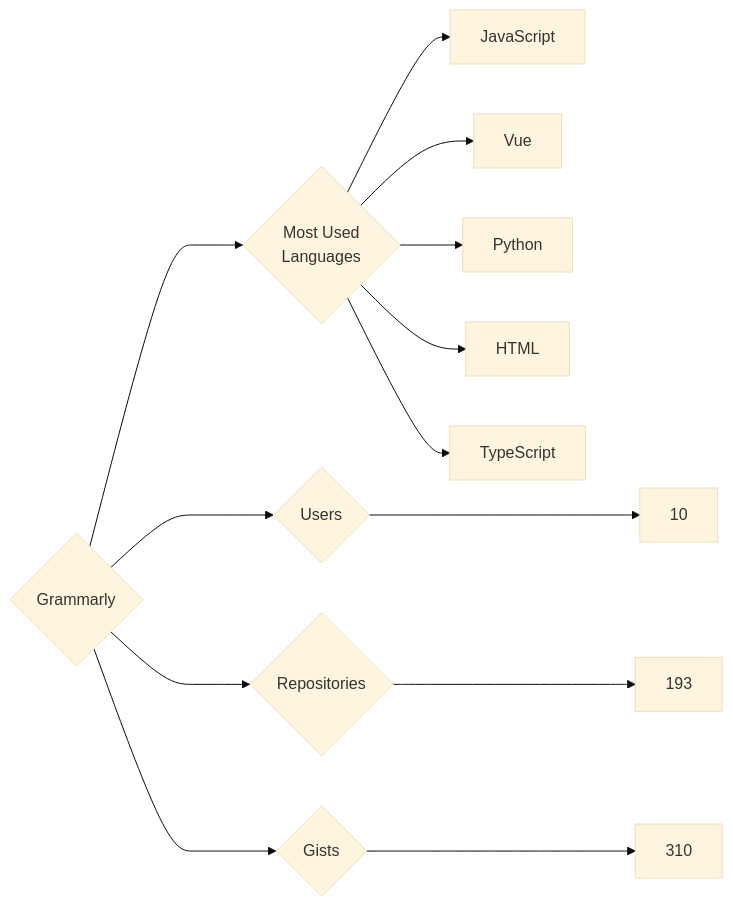
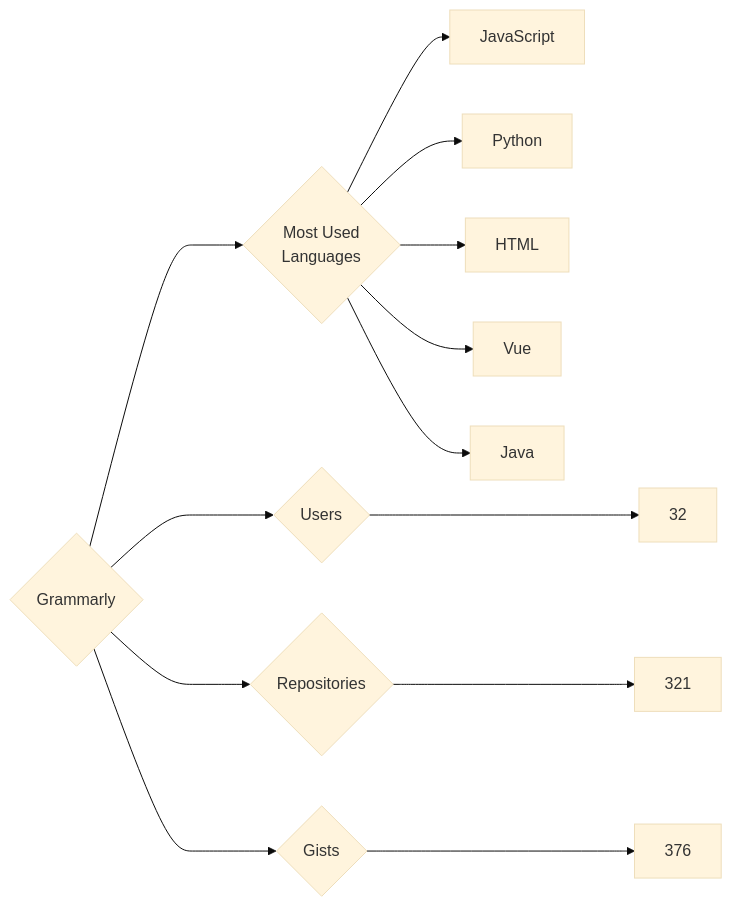
One commit to trickest/insiders changed the diagram in targets/Grammarly/README.md. Above: the diagram before and after it, drawn with Mermaid (base theme). The commit also changed 622 other files, not shown here.

````diff
--- a/targets/Grammarly/README.md
+++ b/targets/Grammarly/README.md
@@ -3,13 +3,13 @@
 ```mermaid
 graph LR
 COMPANY_NAME{Grammarly}
-COMPANY_NAME ---> U{Users} ---> UN[10]
-COMPANY_NAME ---> R{Repositories} ---> RN[193]
-COMPANY_NAME ---> G{Gists} ---> GN[310]
+COMPANY_NAME ---> U{Users} ---> UN[32]
+COMPANY_NAME ---> R{Repositories} ---> RN[321]
+COMPANY_NAME ---> G{Gists} ---> GN[376]
 COMPANY_NAME ---> ML{Most Used<br>Languages}
 ML --> JavaScript[JavaScript]
-ML --> Vue[Vue]
 ML --> Python[Python]
 ML --> HTML[HTML]
-ML --> TypeScript[TypeScript]
+ML --> Vue[Vue]
+ML --> Java[Java]
 ```
````
